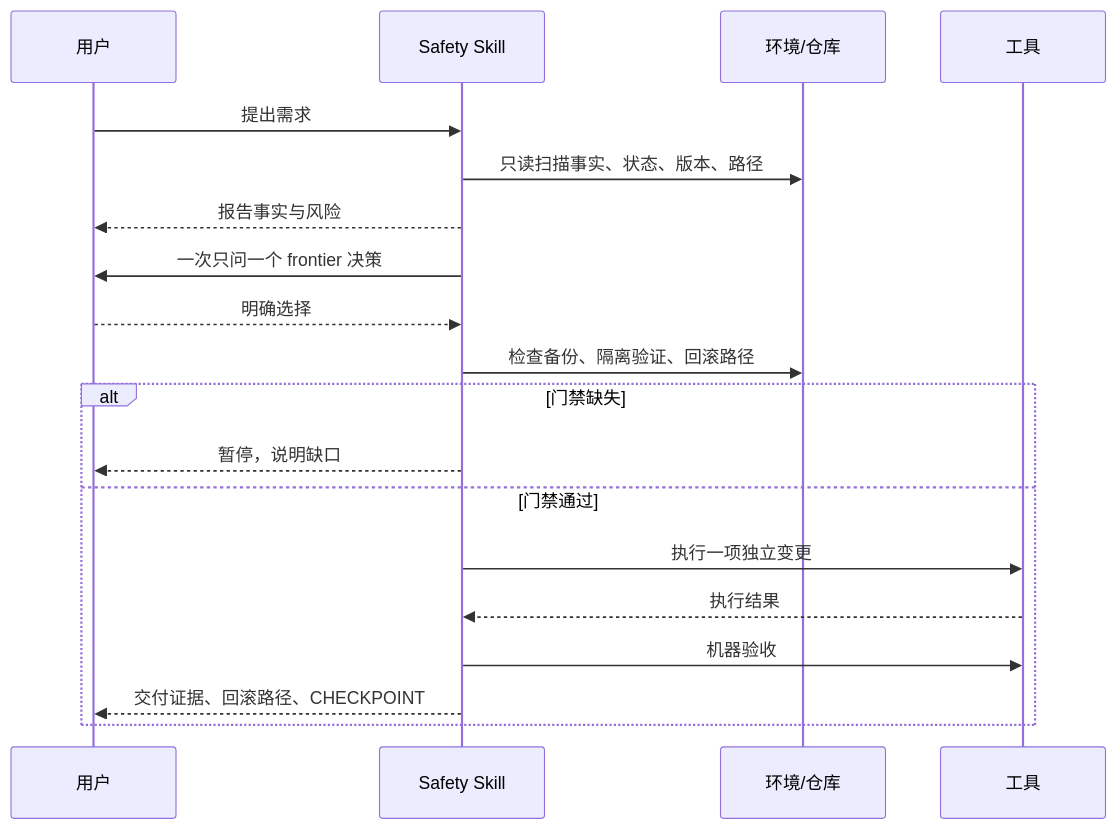
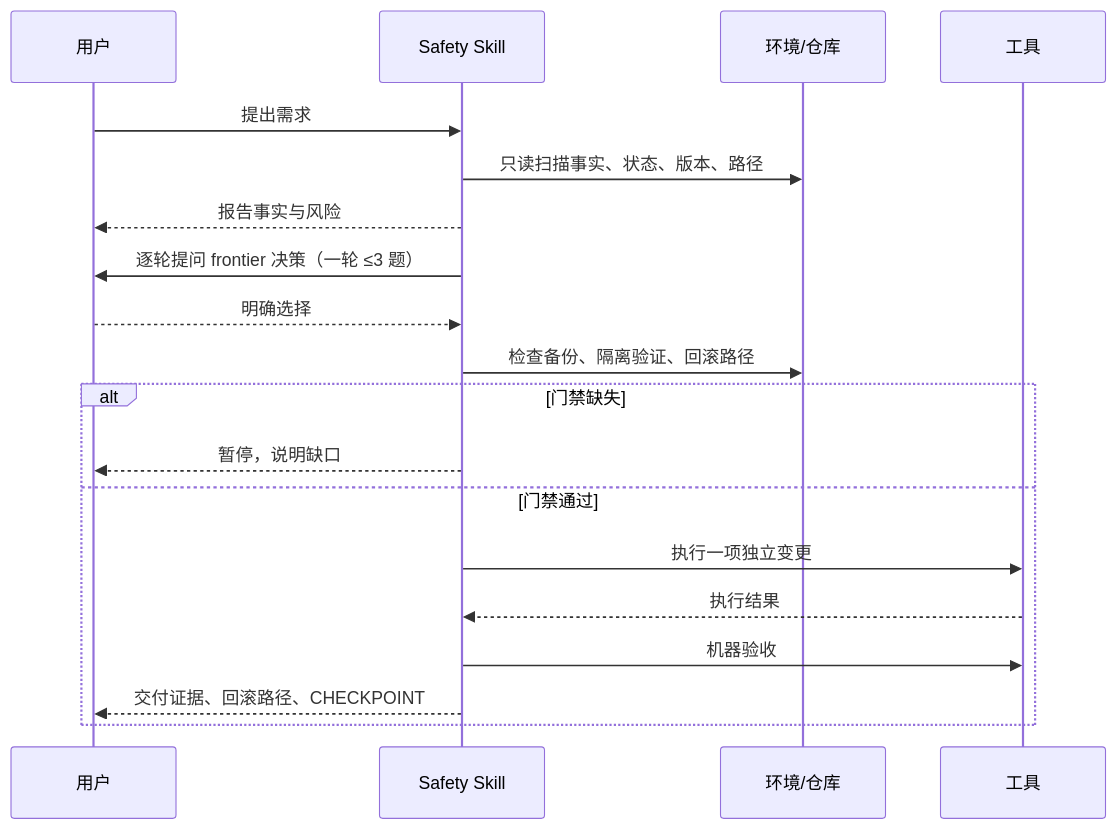
One commit to OnebugIS/dsh-grill-me-safety changed the second of 2 diagrams in README.md. Above: the diagram before and after it, drawn with Mermaid. The commit also changed other lines of this file and 2 other files, not shown here.

Commit message:
docs: align authorization and acceptance flow

````diff
--- a/README.md
+++ b/README.md
@@ -66,22 +66,22 @@
 ```mermaid
 sequenceDiagram
     participant U as 用户
     participant S as Safety Skill
     participant E as 环境/仓库
     participant T as 工具
 
     U->>S: 提出需求
     S->>E: 只读扫描事实、状态、版本、路径
     S-->>U: 报告事实与风险
-    S->>U: 一次只问一个 frontier 决策
+    S->>U: 逐轮提问 frontier 决策（一轮 ≤3 题）
     U-->>S: 明确选择
     S->>E: 检查备份、隔离验证、回滚路径
     alt 门禁缺失
         S-->>U: 暂停，说明缺口
     else 门禁通过
         S->>T: 执行一项独立变更
         T-->>S: 执行结果
         S->>T: 机器验收
         S-->>U: 交付证据、回滚路径、CHECKPOINT
     end
 ```
````
